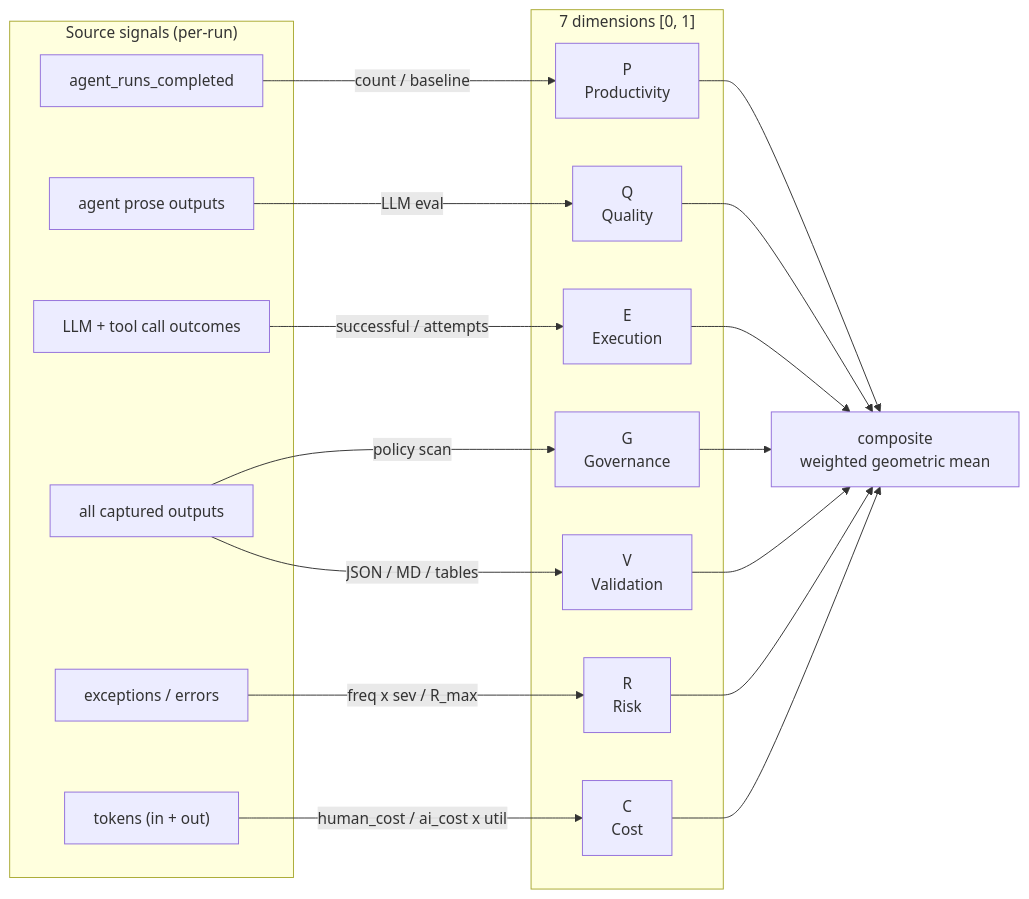
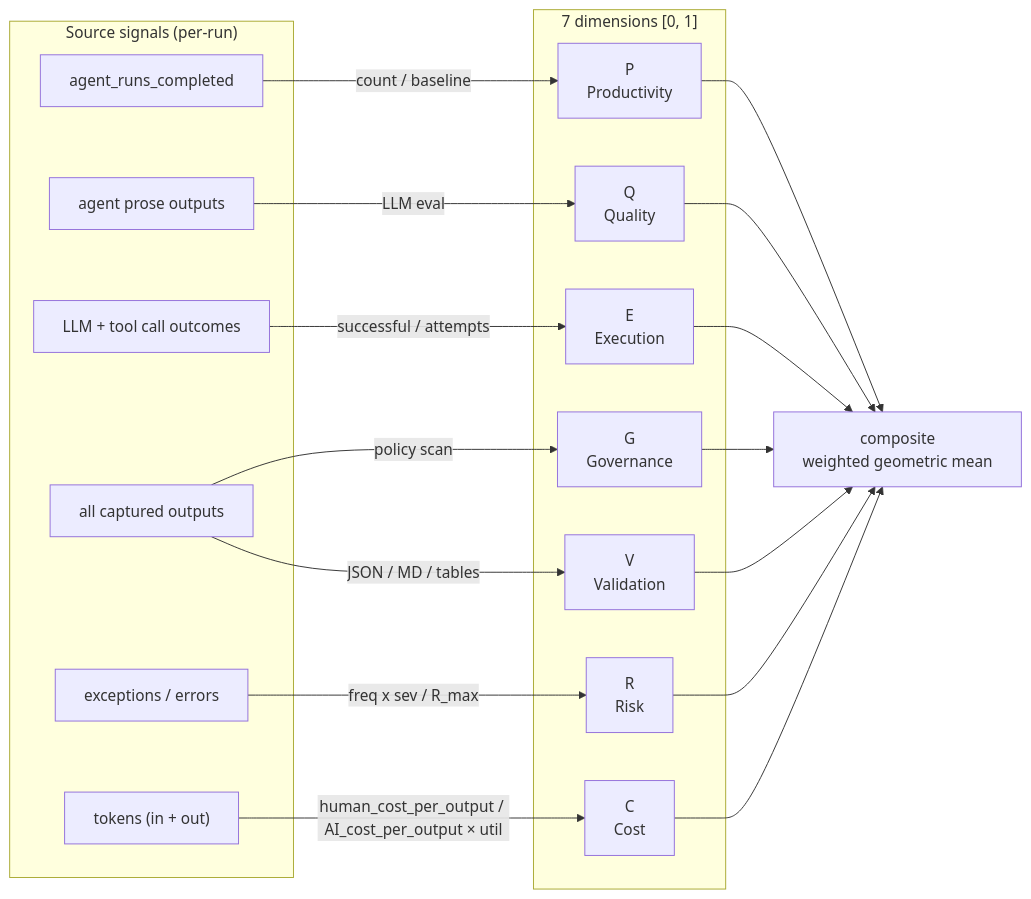
One commit to phanindraintelligenzit-afk/widget changed the sixth of 6 diagrams in README.md. Above: the diagram before and after it, drawn with Mermaid. The commit also changed other lines of this file and 11 other files, not shown here.

````diff
--- a/README.md
+++ b/README.md
@@ -552,37 +552,37 @@
 ```mermaid
 graph LR
     subgraph SRC["Source signals (per-run)"]
         Runs["agent_runs_completed"]
         Prose["agent prose outputs"]
         Calls["LLM + tool call outcomes"]
         Out["all captured outputs"]
         Err["exceptions / errors"]
         Tok["tokens (in + out)"]
     end
 
     subgraph DIM["7 dimensions [0, 1]"]
         Pdim["P<br/>Productivity"]
         Qdim["Q<br/>Quality"]
         Edim["E<br/>Execution"]
         Gdim["G<br/>Governance"]
         Rdim["R<br/>Risk"]
         Vdim["V<br/>Validation"]
         Cdim["C<br/>Cost"]
     end
 
     Runs -->|count / baseline| Pdim
     Prose -->|LLM eval| Qdim
     Calls -->|successful / attempts| Edim
     Out -->|policy scan| Gdim
     Err -->|freq x sev / R_max| Rdim
     Out -->|JSON / MD / tables| Vdim
-    Tok -->|human_cost / ai_cost x util| Cdim
+    Tok -->|human_cost_per_output / AI_cost_per_output × util| Cdim
 
     Pdim --> GM["composite<br/>weighted geometric mean"]
     Qdim --> GM
     Edim --> GM
     Gdim --> GM
     Rdim --> GM
     Vdim --> GM
     Cdim --> GM
 ```
````
